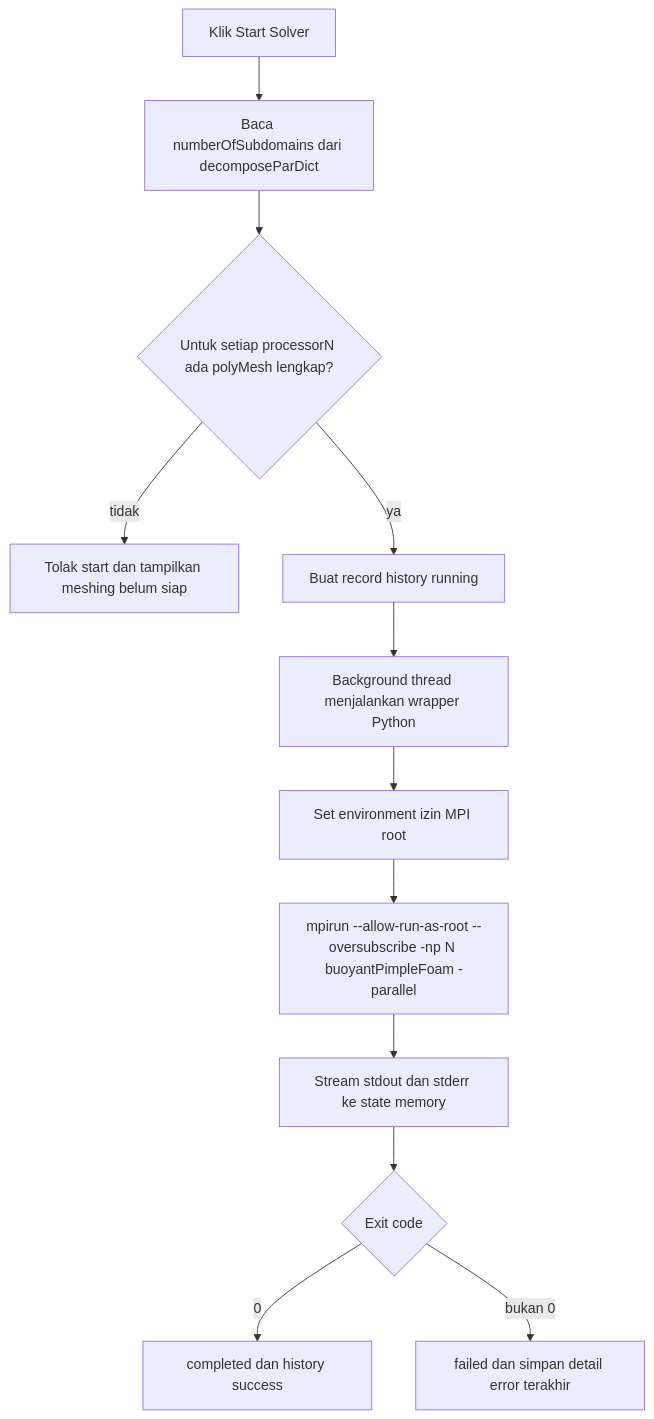
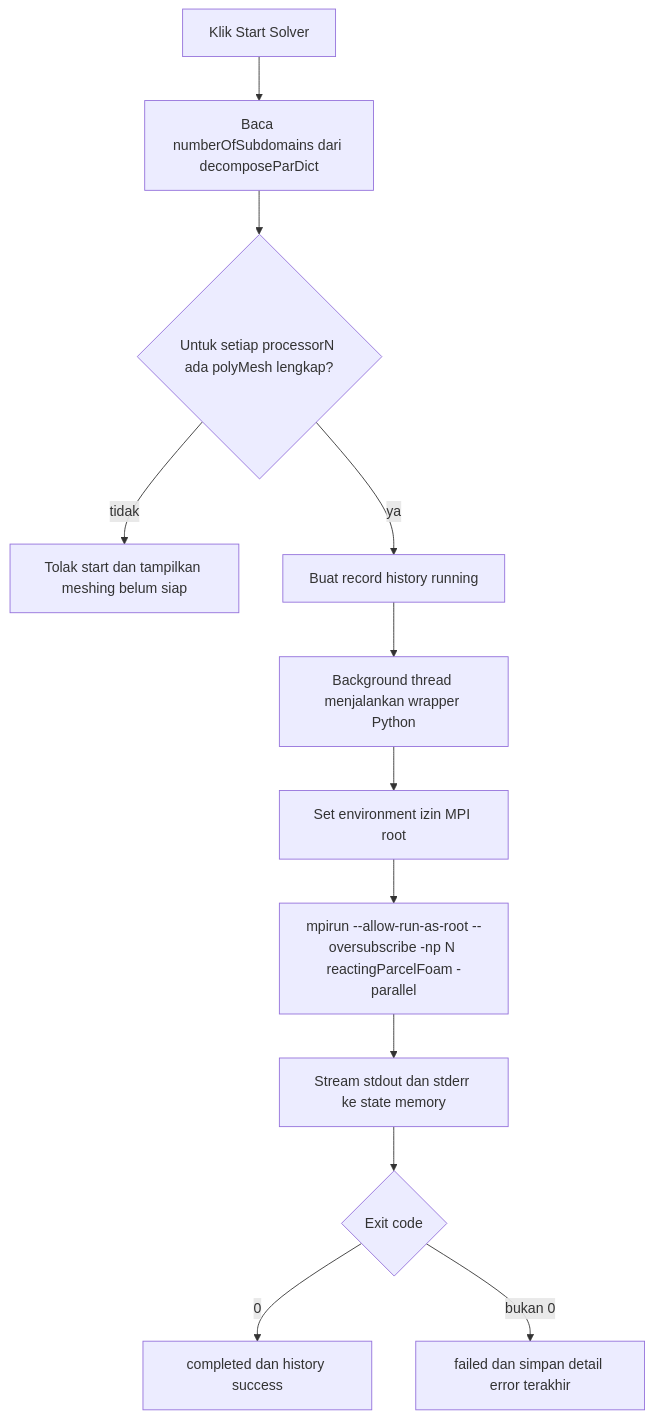
Diagram 12 of 18 in DOKUMENTASI_SISTEM.md (noosabaktee/interface_onproduct), drawn with Mermaid before and after one commit. The commit also changed other lines of this file and 6 other files, not shown here.

Commit message:
update csrf dan diagram

````diff
--- a/DOKUMENTASI_SISTEM.md
+++ b/DOKUMENTASI_SISTEM.md
@@ -2152,14 +2152,14 @@
 ```mermaid
 flowchart TD
     A[Klik Start Solver] --> B[Baca numberOfSubdomains dari decomposeParDict]
     B --> C{Untuk setiap processorN ada polyMesh lengkap?}
     C -->|tidak| D[Tolak start dan tampilkan meshing belum siap]
     C -->|ya| E[Buat record history running]
     E --> F[Background thread menjalankan wrapper Python]
     F --> G[Set environment izin MPI root]
-    G --> H[mpirun --allow-run-as-root --oversubscribe -np N buoyantPimpleFoam -parallel]
+    G --> H[mpirun --allow-run-as-root --oversubscribe -np N reactingParcelFoam -parallel]
     H --> I[Stream stdout dan stderr ke state memory]
     I --> J{Exit code}
     J -->|0| K[completed dan history success]
     J -->|bukan 0| L[failed dan simpan detail error terakhir]
 ```
````
